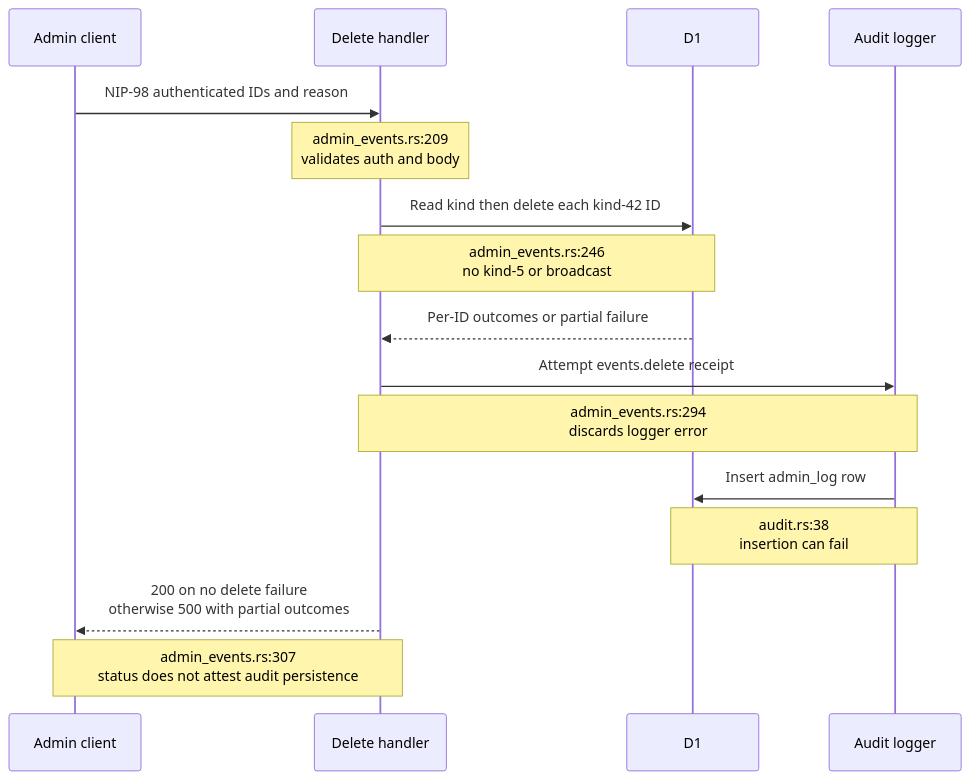
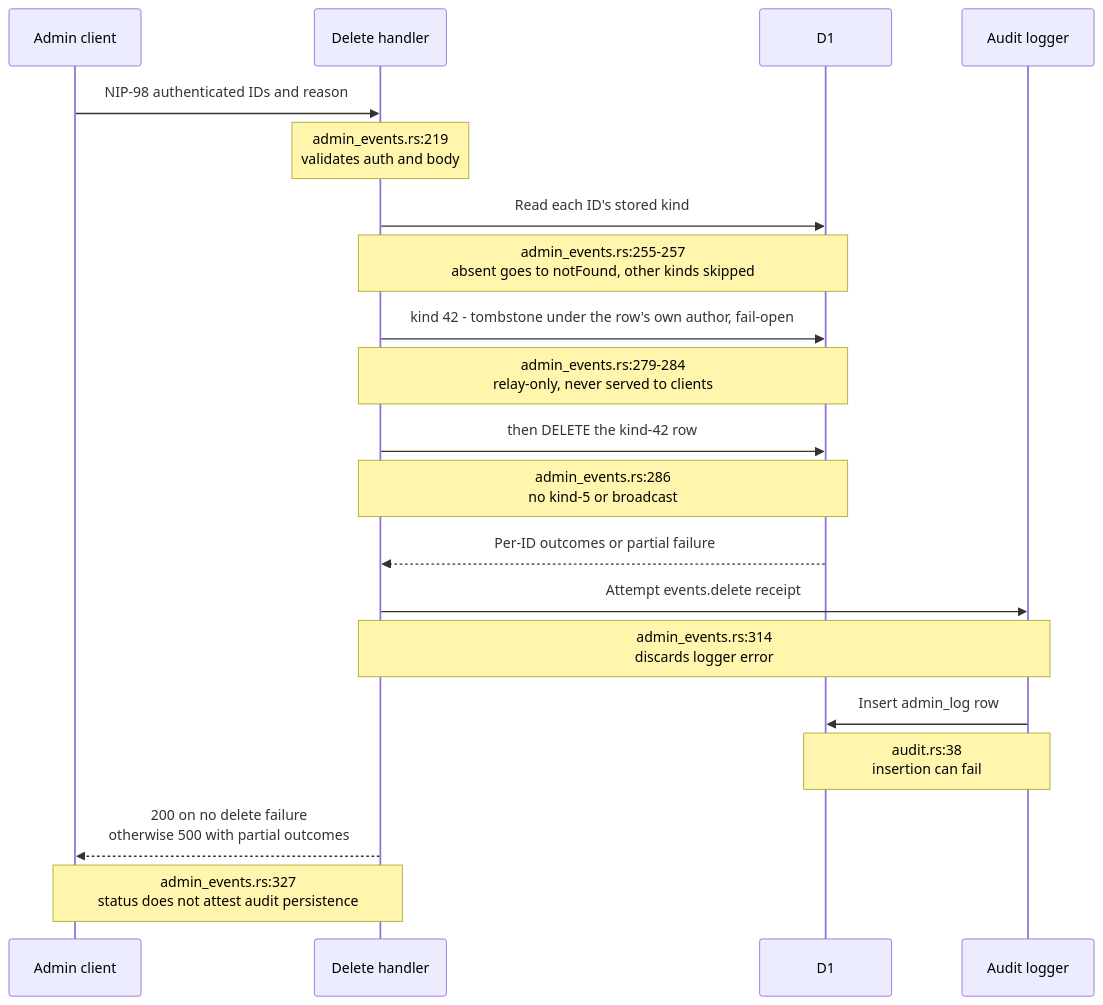
The fourth of 8 diagrams in docs/diagrams/nostr-rust-forum/26-sealed-history-migration-and-reader-contracts.md (DreamLab-AI/VisionFlow), drawn with Mermaid before and after one commit. The commit also changed other lines of this file, not shown here.

First line of the commit message:
docs(diagrams): re-verify NF-26 against nostr-rust-forum af4f0d5

````diff
--- a/docs/diagrams/nostr-rust-forum/26-sealed-history-migration-and-reader-contracts.md
+++ b/docs/diagrams/nostr-rust-forum/26-sealed-history-migration-and-reader-contracts.md
@@ -94,18 +105,22 @@
 ```mermaid
 sequenceDiagram
     participant C as Admin client
     participant H as Delete handler
     participant D as D1
     participant A as Audit logger
     C->>H: NIP-98 authenticated IDs and reason
-    Note over H: admin_events.rs:209<br/>validates auth and body
-    H->>D: Read kind then delete each kind-42 ID
-    Note over H,D: admin_events.rs:246<br/>no kind-5 or broadcast
+    Note over H: admin_events.rs:219<br/>validates auth and body
+    H->>D: Read each ID's stored kind
+    Note over H,D: admin_events.rs:255-257<br/>absent goes to notFound, other kinds skipped
+    H->>D: kind 42 - tombstone under the row's own author, fail-open
+    Note over H,D: admin_events.rs:279-284<br/>relay-only, never served to clients
+    H->>D: then DELETE the kind-42 row
+    Note over H,D: admin_events.rs:286<br/>no kind-5 or broadcast
     D-->>H: Per-ID outcomes or partial failure
     H->>A: Attempt events.delete receipt
-    Note over H,A: admin_events.rs:294<br/>discards logger error
+    Note over H,A: admin_events.rs:314<br/>discards logger error
     A->>D: Insert admin_log row
     Note over A,D: audit.rs:38<br/>insertion can fail
     H-->>C: 200 on no delete failure<br/>otherwise 500 with partial outcomes
-    Note over H,C: admin_events.rs:307<br/>status does not attest audit persistence
+    Note over H,C: admin_events.rs:327<br/>status does not attest audit persistence
 ```
````
